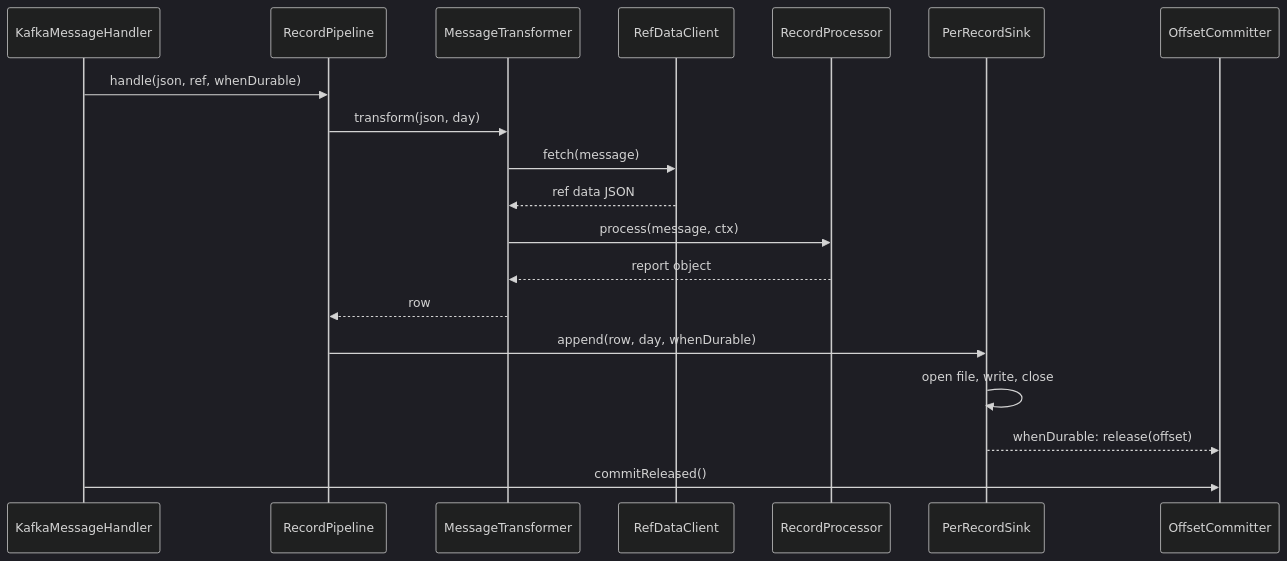
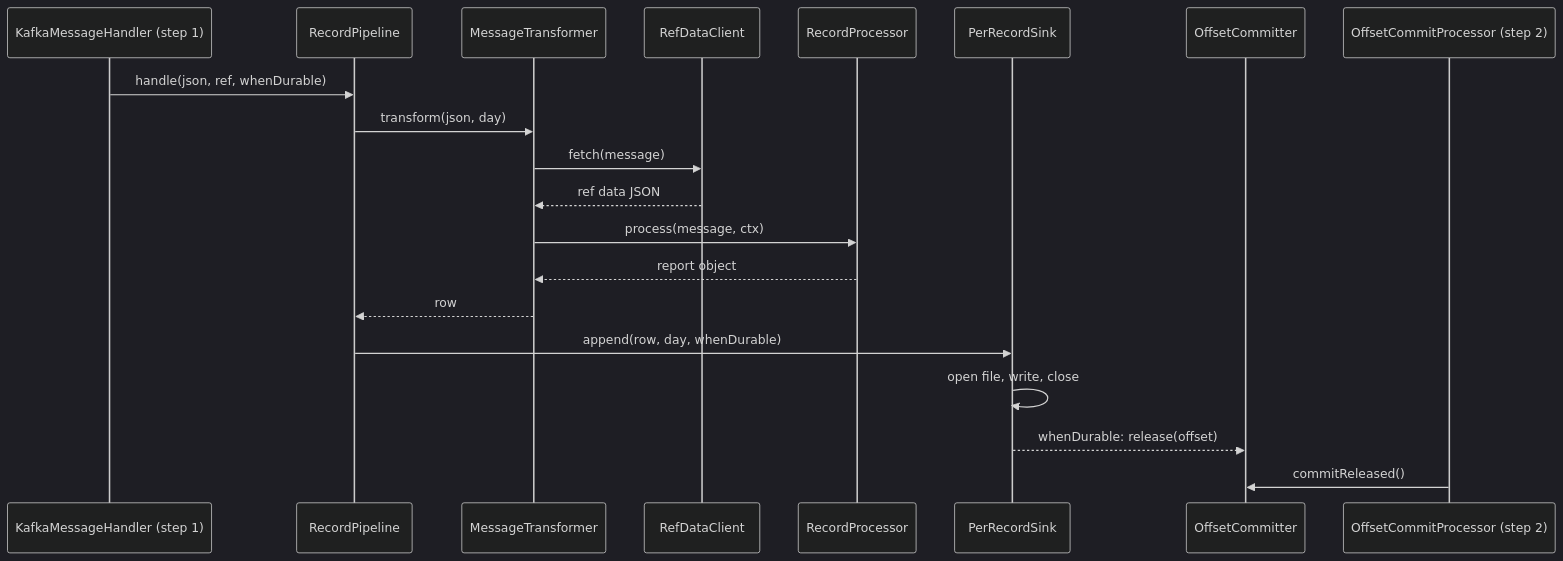
One commit to shanregs/msg-transformer changed the seventh of 13 diagrams in docs/c4-architecture.md. Above: the diagram before and after it, drawn with Mermaid (dark theme). The commit also changed other lines of this file and 3 other files, not shown here.

First line of the commit message:
Docs: refresh architecture, design and C4 for the YAML route, publisher and LOGIC type

````diff
--- a/docs/c4-architecture.md
+++ b/docs/c4-architecture.md
@@ -231,22 +297,23 @@
 ```mermaid
 sequenceDiagram
-    participant In as KafkaMessageHandler
+    participant In as KafkaMessageHandler (step 1)
     participant P as RecordPipeline
     participant T as MessageTransformer
     participant R as RefDataClient
     participant M as RecordProcessor
     participant S as PerRecordSink
     participant C as OffsetCommitter
+    participant OP as OffsetCommitProcessor (step 2)
 
     In->>P: handle(json, ref, whenDurable)
     P->>T: transform(json, day)
     T->>R: fetch(message)
     R-->>T: ref data JSON
     T->>M: process(message, ctx)
     M-->>T: report object
     T-->>P: row
     P->>S: append(row, day, whenDurable)
     S->>S: open file, write, close
     S-->>C: whenDurable: release(offset)
-    In->>C: commitReleased()
+    OP->>C: commitReleased()
 ```
````
